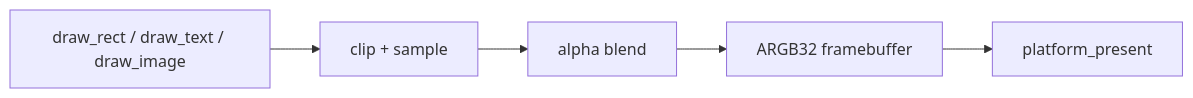
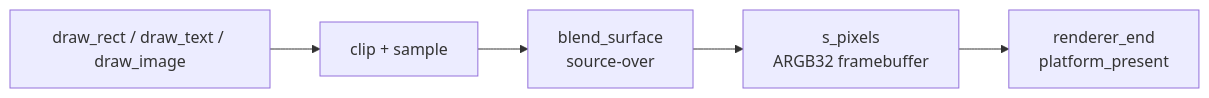
The first of 7 diagrams in docs/blog/part3-rendering-and-ui.md (Rein-ArXiv/Tetris-Multiplayer-RL), drawn with Mermaid before and after one commit. The commit also changed other lines of this file and 41 other files, not shown here.

````diff
--- a/docs/blog/part3-rendering-and-ui.md
+++ b/docs/blog/part3-rendering-and-ui.md
@@ -33,7 +33,7 @@
 ```mermaid
 flowchart LR
     D["draw_rect / draw_text / draw_image"] --> C["clip + sample"]
-    C --> B["alpha blend"]
-    B --> F["ARGB32 framebuffer"]
-    F --> P["platform_present"]
+    C --> B["blend_surface<br/>source-over"]
+    B --> F["s_pixels<br/>ARGB32 framebuffer"]
+    F --> P["renderer_end<br/>platform_present"]
 ```
````
